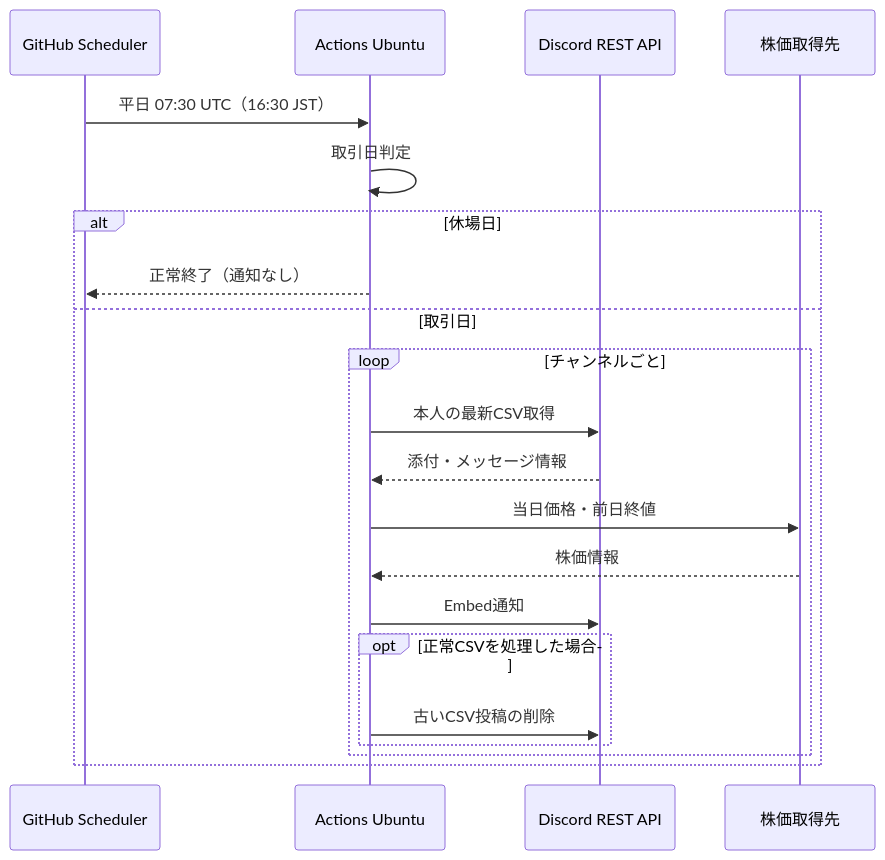
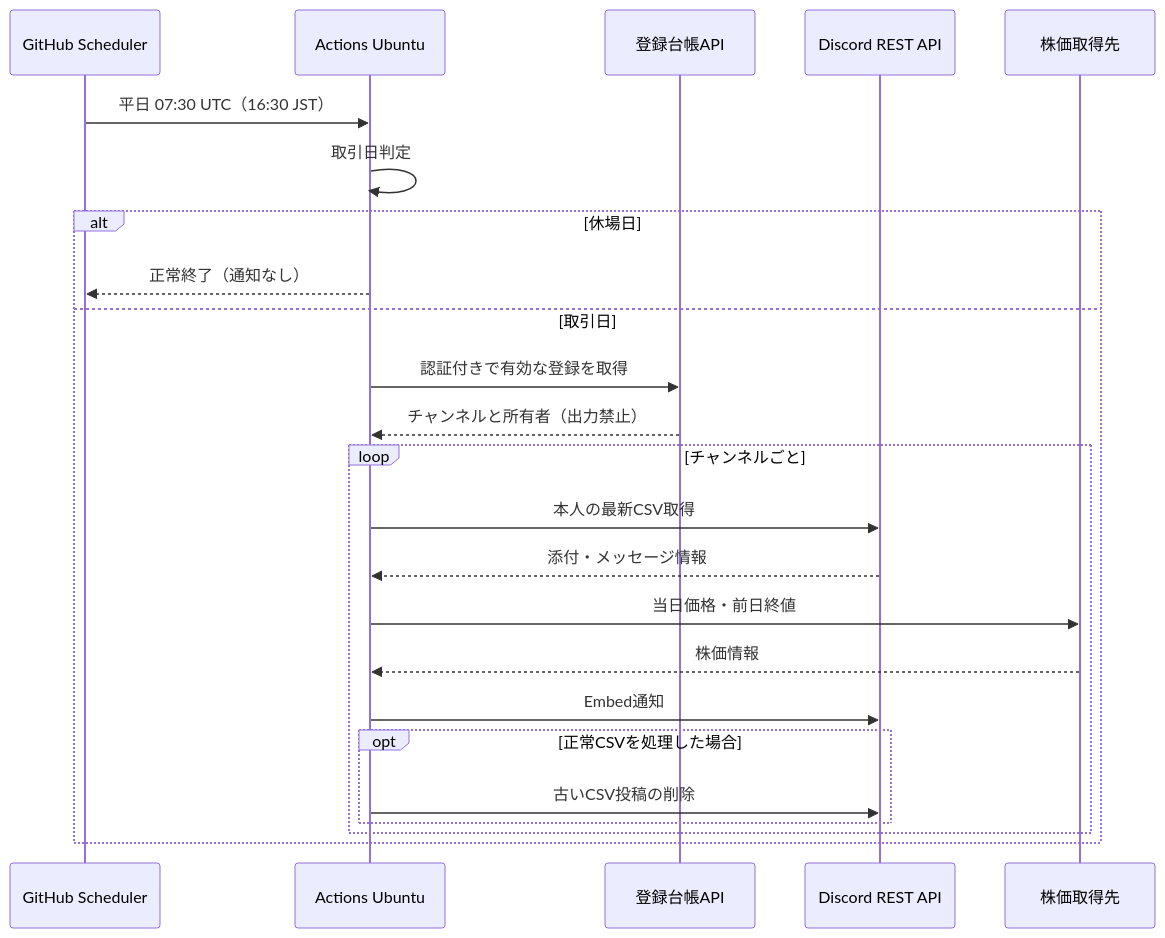
The diagram in docs/Deployment.md (chihiros7/stock-signal), drawn with Mermaid before and after one commit. The commit also changed other lines of this file and 8 other files, not shown here.

````diff
--- a/docs/Deployment.md
+++ b/docs/Deployment.md
@@ -18,23 +22,26 @@
 ```mermaid
 sequenceDiagram
   participant S as GitHub Scheduler
   participant A as Actions Ubuntu
+  participant R as 登録台帳API
   participant D as Discord REST API
   participant Q as 株価取得先
   S->>A: 平日 07:30 UTC（16:30 JST）
   A->>A: 取引日判定
   alt 休場日
     A-->>S: 正常終了（通知なし）
   else 取引日
+    A->>R: 認証付きで有効な登録を取得
+    R-->>A: チャンネルと所有者（出力禁止）
     loop チャンネルごと
       A->>D: 本人の最新CSV取得
       D-->>A: 添付・メッセージ情報
       A->>Q: 当日価格・前日終値
       Q-->>A: 株価情報
       A->>D: Embed通知
       opt 正常CSVを処理した場合
         A->>D: 古いCSV投稿の削除
       end
     end
   end
 ```
````
